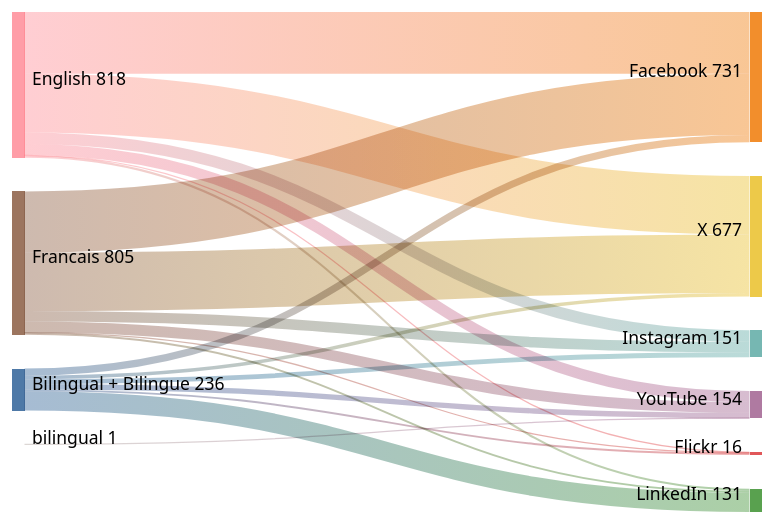
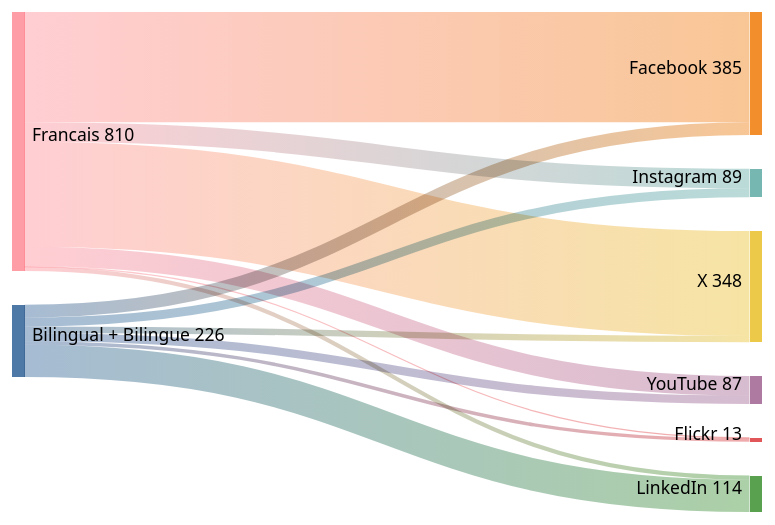
Before and after one commit to PatLittle/GC-Socials: the diagram in sankey_diagram.md, drawn with Mermaid (neutral theme).

Commit message:
Update Sankey diagram for the most recent day

````diff
--- a/sankey_diagram.md
+++ b/sankey_diagram.md
@@ -1,22 +1,15 @@
 ```mermaid
 sankey-beta
   Bilingual + Bilingue,Facebook,40
   Bilingual + Bilingue,Flickr,11
-  Bilingual + Bilingue,Instagram,27
-  Bilingual + Bilingue,LinkedIn,108
+  Bilingual + Bilingue,Instagram,28
+  Bilingual + Bilingue,LinkedIn,101
   Bilingual + Bilingue,X,20
-  Bilingual + Bilingue,YouTube,30
-  English,Facebook,347
-  English,Flickr,3
-  English,Instagram,65
-  English,LinkedIn,12
-  English,X,329
-  English,YouTube,62
-  Francais,Facebook,344
+  Bilingual + Bilingue,YouTube,26
+  Francais,Facebook,345
   Francais,Flickr,2
-  Francais,Instagram,59
-  Francais,LinkedIn,11
+  Francais,Instagram,61
+  Francais,LinkedIn,13
   Francais,X,328
   Francais,YouTube,61
-  bilingual,YouTube,1
 ```
````
